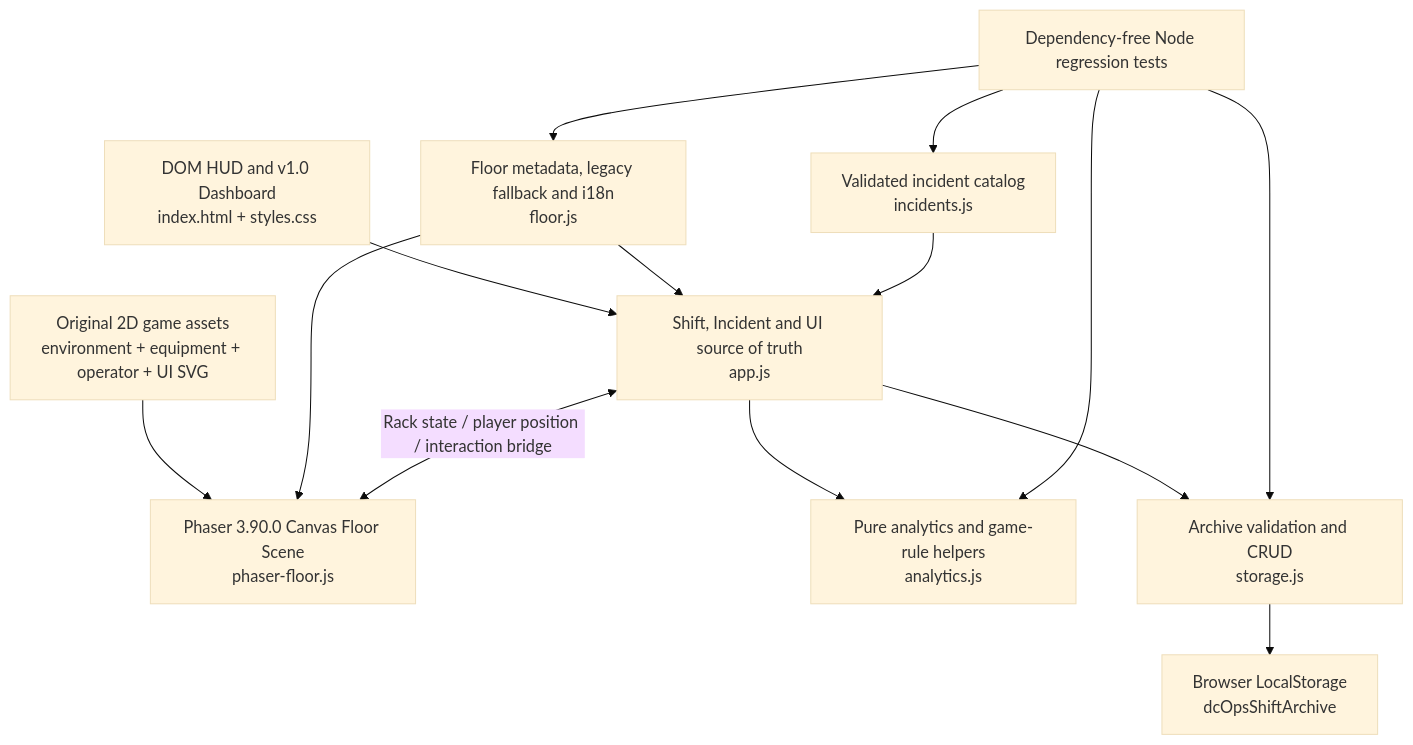
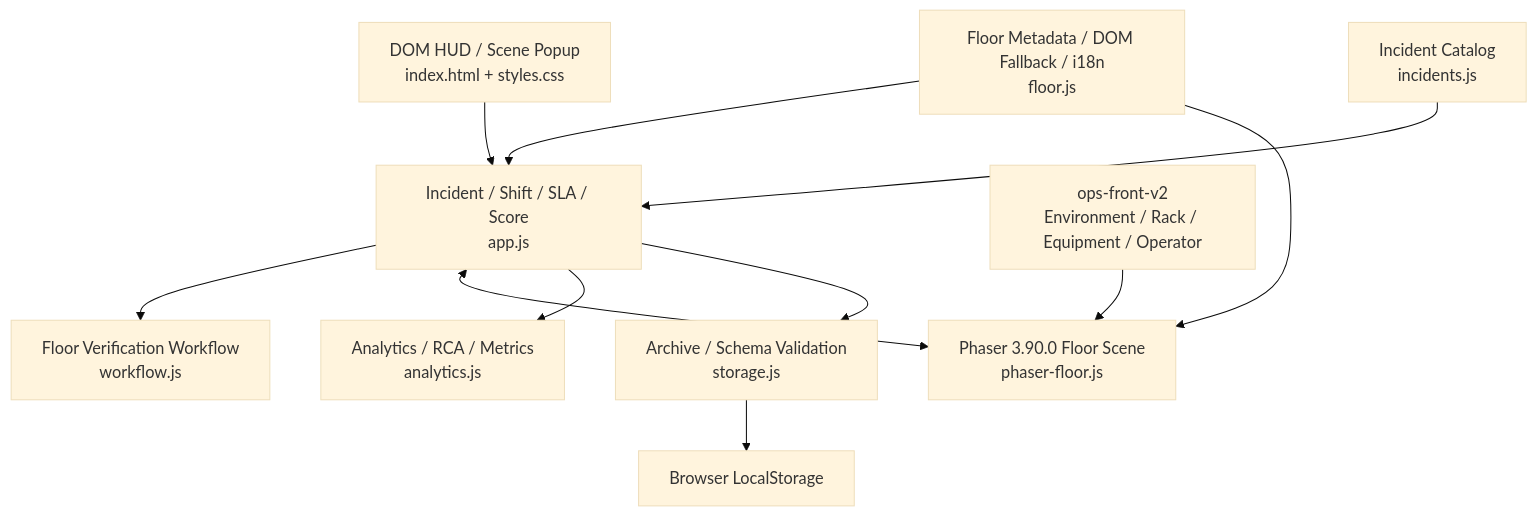
Before and after one commit to dbtjddn10-oss/dc-ops-simulator: the first of 2 diagrams in README.md, drawn with Mermaid (base theme). The commit also changed other lines of this file and 2 other files, not shown here.

Commit message:
docs: update v1.1 floor mode documentation

````diff
--- a/README.md
+++ b/README.md
@@ -85,16 +460,34 @@
 ```mermaid
 flowchart TD
-    UI["DOM HUD and v1.0 Dashboard<br/>index.html + styles.css"] --> Engine["Shift, Incident and UI source of truth<br/>app.js"]
-    Assets["Original 2D game assets<br/>environment + equipment + operator + UI SVG"] --> Phaser["Phaser 3.90.0 Canvas Floor Scene<br/>phaser-floor.js"]
-    Floor["Floor metadata, legacy fallback and i18n<br/>floor.js"] --> Engine
+
+    UI["DOM HUD / Scene Popup<br/>index.html + styles.css"]
+
+    Engine["Incident / Shift / SLA / Score<br/>app.js"]
+
+    Workflow["Floor Verification Workflow<br/>workflow.js"]
+
+    Phaser["Phaser 3.90.0 Floor Scene<br/>phaser-floor.js"]
+
+    Floor["Floor Metadata / DOM Fallback / i18n<br/>floor.js"]
+
+    Incidents["Incident Catalog<br/>incidents.js"]
+
+    Analytics["Analytics / RCA / Metrics<br/>analytics.js"]
+
+    Storage["Archive / Schema Validation<br/>storage.js"]
+
+    LocalStorage["Browser LocalStorage"]
+
+    Assets["ops-front-v2<br/>Environment / Rack / Equipment / Operator"]
+
+    UI --> Engine
+    Engine --> Workflow
+    Engine <--> Phaser
+    Floor --> Engine
     Floor --> Phaser
-    Engine <-->|"Rack state / player position / interaction bridge"| Phaser
-    Catalog["Validated incident catalog<br/>incidents.js"] --> Engine
-    Engine --> Analytics["Pure analytics and game-rule helpers<br/>analytics.js"]
-    Engine --> Storage["Archive validation and CRUD<br/>storage.js"]
-    Storage --> LocalStorage["Browser LocalStorage<br/>dcOpsShiftArchive"]
-    Tests["Dependency-free Node regression tests"] --> Catalog
-    Tests --> Analytics
-    Tests --> Storage
-    Tests --> Floor
+    Assets --> Phaser
+    Incidents --> Engine
+    Engine --> Analytics
+    Engine --> Storage
+    Storage --> LocalStorage
 ```
````
